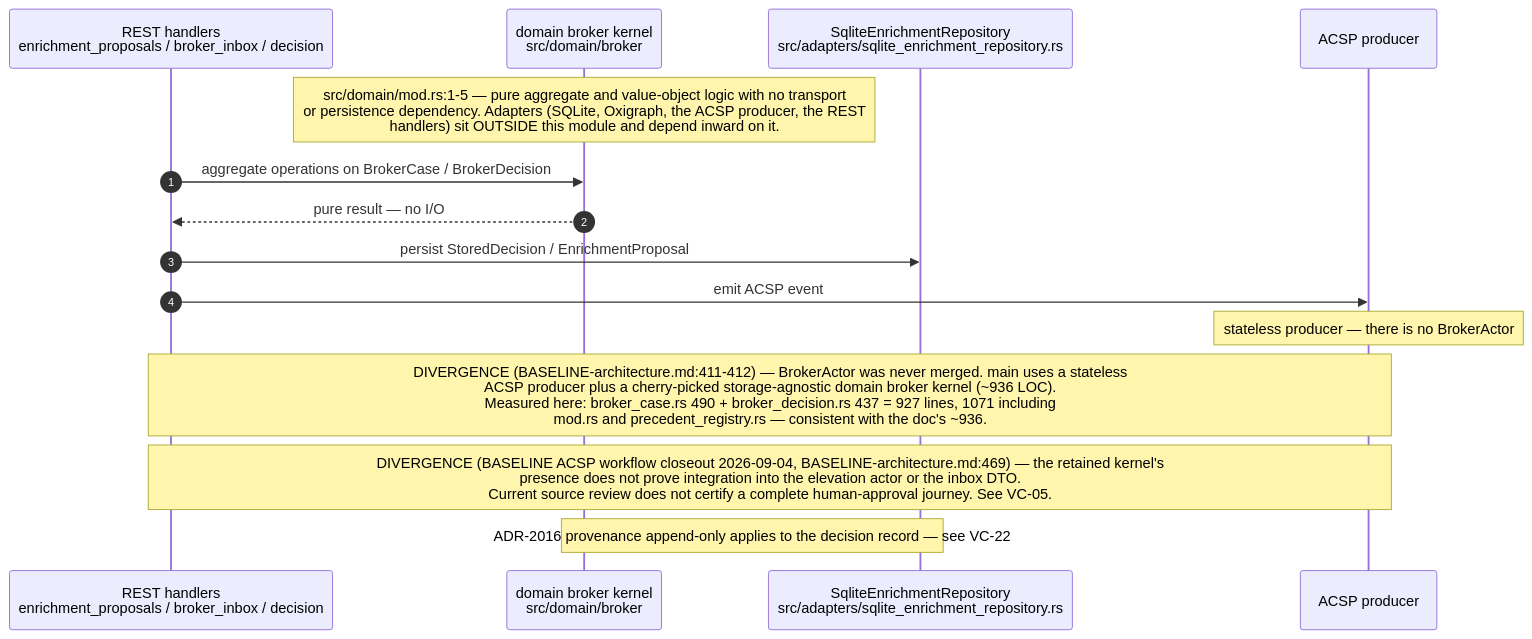
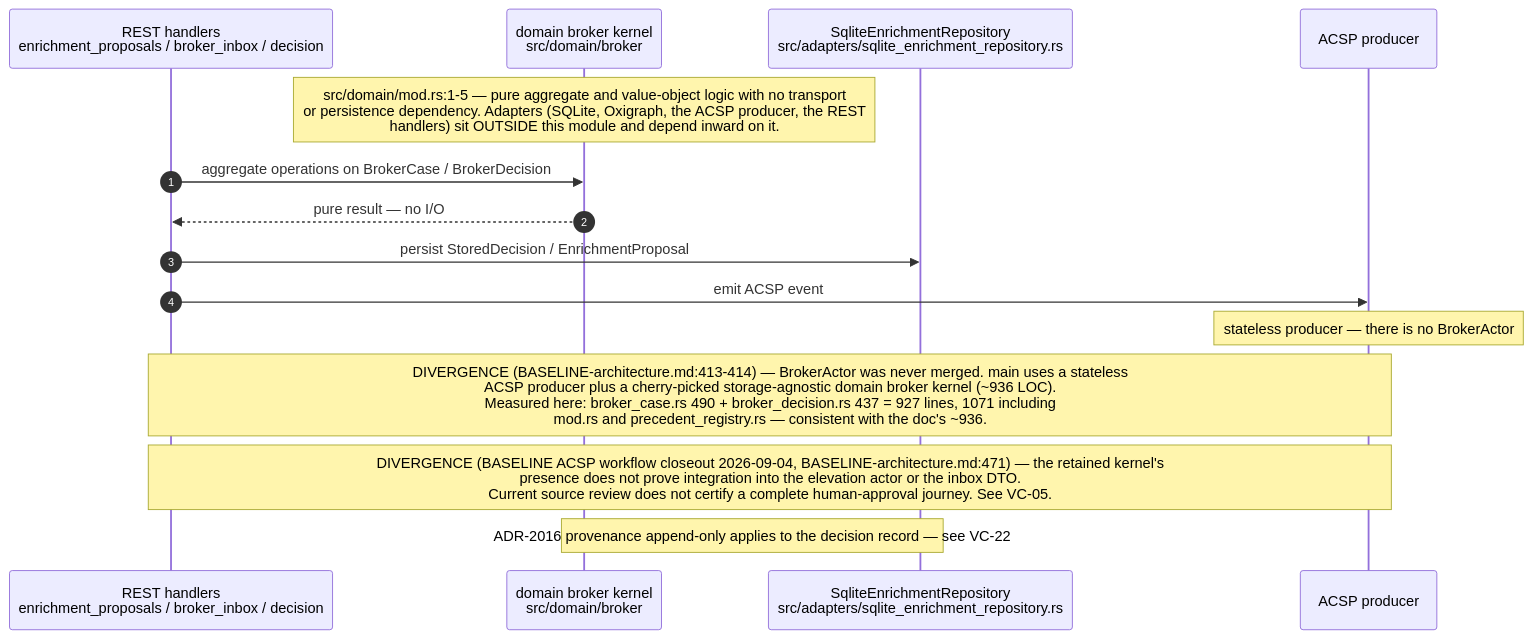
One commit to DreamLab-AI/VisionFlow changed the seventh of 9 diagrams in docs/diagrams/visionclaw/07-hexagonal-ports-and-crates.md. Above: the diagram before and after it, drawn with Mermaid. The commit also changed other lines of this file and 49 other files, not shown here.

First line of the commit message:
docs(diagrams): re-derive and re-stamp VisionClaw, estate, knowledge-graph, visionGraph, VisionFlow and sidestr topics

````diff
--- a/docs/diagrams/visionclaw/07-hexagonal-ports-and-crates.md
+++ b/docs/diagrams/visionclaw/07-hexagonal-ports-and-crates.md
@@ -345,18 +345,18 @@
 ```mermaid
 sequenceDiagram
     autonumber
     participant H as REST handlers<br/>enrichment_proposals / broker_inbox / decision
     participant K as domain broker kernel<br/>src/domain/broker
     participant AD as SqliteEnrichmentRepository<br/>src/adapters/sqlite_enrichment_repository.rs
     participant AC as ACSP producer
 
     Note over K: src/domain/mod.rs:1-5 — pure aggregate and value-object logic with no transport<br/>or persistence dependency. Adapters (SQLite, Oxigraph, the ACSP producer, the REST<br/>handlers) sit OUTSIDE this module and depend inward on it.
     H->>K: aggregate operations on BrokerCase / BrokerDecision
     K-->>H: pure result — no I/O
     H->>AD: persist StoredDecision / EnrichmentProposal
     H->>AC: emit ACSP event
     Note over AC: stateless producer — there is no BrokerActor
-    Note over H,AC: DIVERGENCE (BASELINE-architecture.md:411-412) — BrokerActor was never merged. main uses a stateless<br/>ACSP producer plus a cherry-picked storage-agnostic domain broker kernel (~936 LOC).<br/>Measured here: broker_case.rs 490 + broker_decision.rs 437 = 927 lines, 1071 including<br/>mod.rs and precedent_registry.rs — consistent with the doc's ~936.
-    Note over H,AC: DIVERGENCE (BASELINE ACSP workflow closeout 2026-09-04, BASELINE-architecture.md:469) — the retained kernel's<br/>presence does not prove integration into the elevation actor or the inbox DTO.<br/>Current source review does not certify a complete human-approval journey. See VC-05.
+    Note over H,AC: DIVERGENCE (BASELINE-architecture.md:413-414) — BrokerActor was never merged. main uses a stateless<br/>ACSP producer plus a cherry-picked storage-agnostic domain broker kernel (~936 LOC).<br/>Measured here: broker_case.rs 490 + broker_decision.rs 437 = 927 lines, 1071 including<br/>mod.rs and precedent_registry.rs — consistent with the doc's ~936.
+    Note over H,AC: DIVERGENCE (BASELINE ACSP workflow closeout 2026-09-04, BASELINE-architecture.md:471) — the retained kernel's<br/>presence does not prove integration into the elevation actor or the inbox DTO.<br/>Current source review does not certify a complete human-approval journey. See VC-05.
     Note over K,AD: ADR-2016 provenance append-only applies to the decision record — see VC-22
 ```
````
